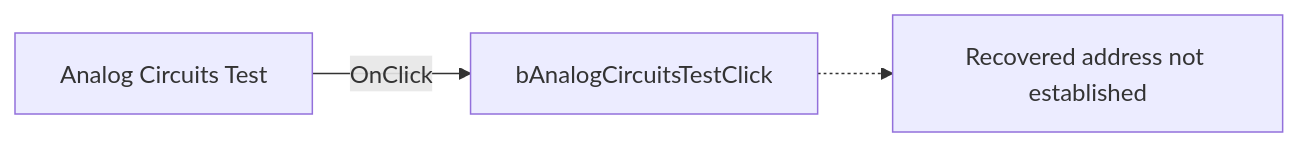
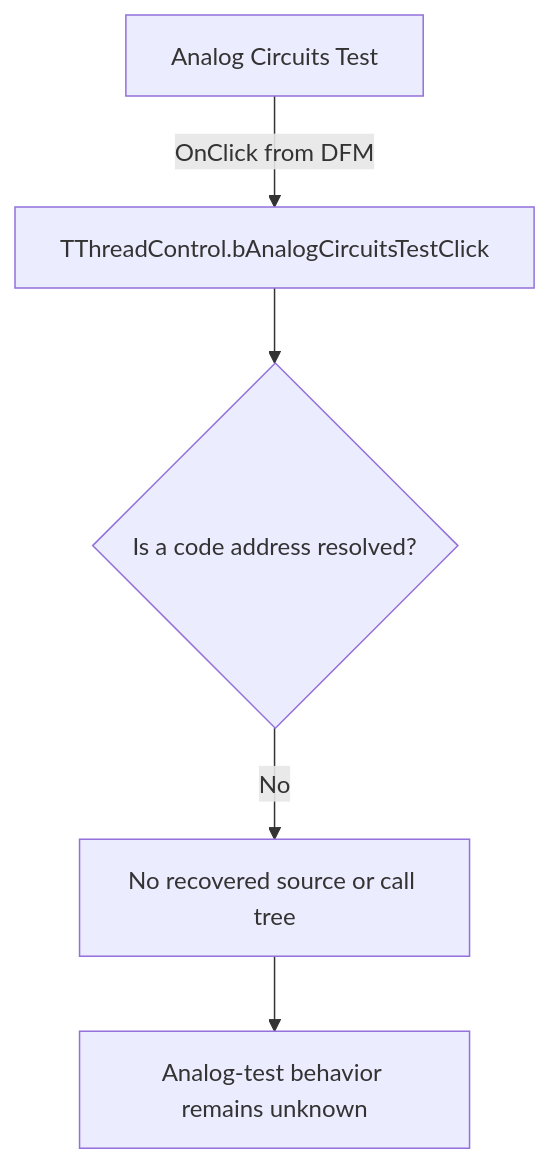
One commit to MovGP0/TIARA changed the diagram in docs/ui-controls/threadcontrol/banalogcircuitstest-c2c8b18ba6.md. Above: the diagram before and after it, drawn with Mermaid. The commit also changed other lines of this file and 1062 other files, not shown here.

````diff
--- a/docs/ui-controls/threadcontrol/banalogcircuitstest-c2c8b18ba6.md
+++ b/docs/ui-controls/threadcontrol/banalogcircuitstest-c2c8b18ba6.md
@@ -27,5 +29,7 @@
 ```mermaid
-flowchart LR
-    control["Analog Circuits Test"] -->|OnClick| handler["bAnalogCircuitsTestClick"]
-    handler -.-> unresolved["Recovered address not established"]
+flowchart TD
+    control["Analog Circuits Test"] -->|OnClick from DFM| binding["TThreadControl.bAnalogCircuitsTestClick"]
+    binding --> address{"Is a code address resolved?"}
+    address -->|No| gap["No recovered source or call tree"]
+    gap --> unknown["Analog-test behavior remains unknown"]
 ```
````
